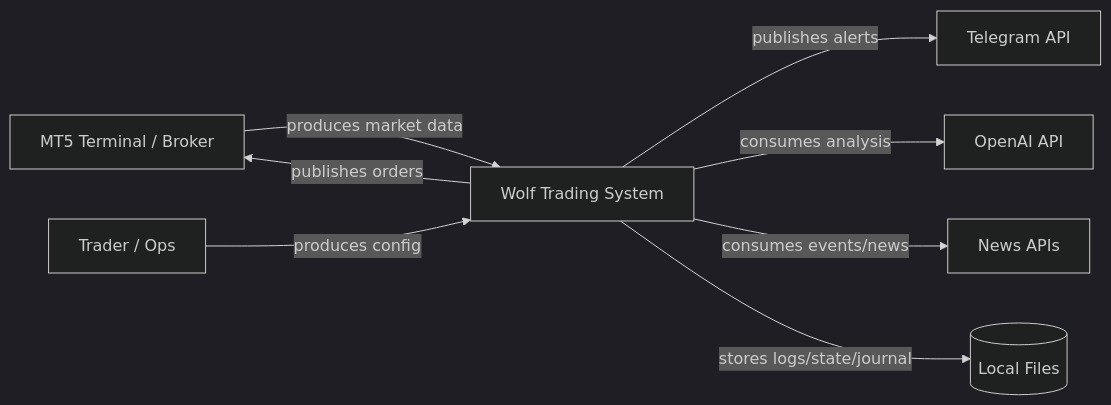
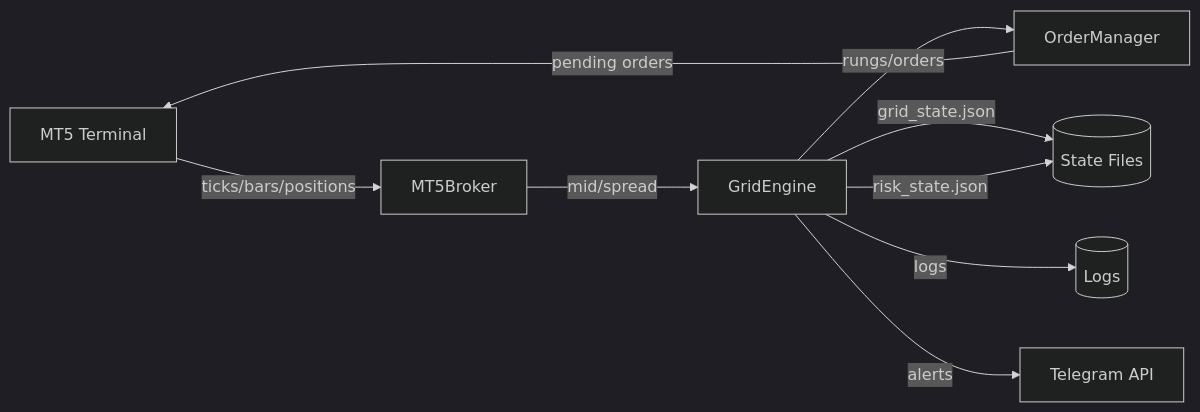
Before and after one commit to pydev2018/daytrader: the diagram in docs/data-flow.md, drawn with Mermaid (dark theme). The commit also changed other lines of this file and 117 other files, not shown here.

````diff
--- a/docs/data-flow.md
+++ b/docs/data-flow.md
@@ -75,11 +23,12 @@
 ```mermaid
 flowchart LR
-  mt5[MT5 Terminal / Broker] -->|produces market data| system[Wolf Trading System]
-  system -->|publishes orders| mt5
+  mt5[MT5 Terminal] -->|ticks/bars/positions| broker[MT5Broker]
+  broker -->|mid/spread| engine[GridEngine]
+  engine -->|rungs/orders| ordermgr[OrderManager]
+  ordermgr -->|pending orders| mt5
 
-  operator[Trader / Ops] -->|produces config| system
-  system -->|publishes alerts| telegram[Telegram API]
-  system -->|consumes analysis| openai[OpenAI API]
-  system -->|consumes events/news| news[News APIs]
-  system -->|stores logs/state/journal| files[(Local Files)]
+  engine -->|grid_state.json| state[(State Files)]
+  engine -->|risk_state.json| state
+  engine -->|logs| logs[(Logs)]
+  engine -->|alerts| telegram[Telegram API]
 ```
````
